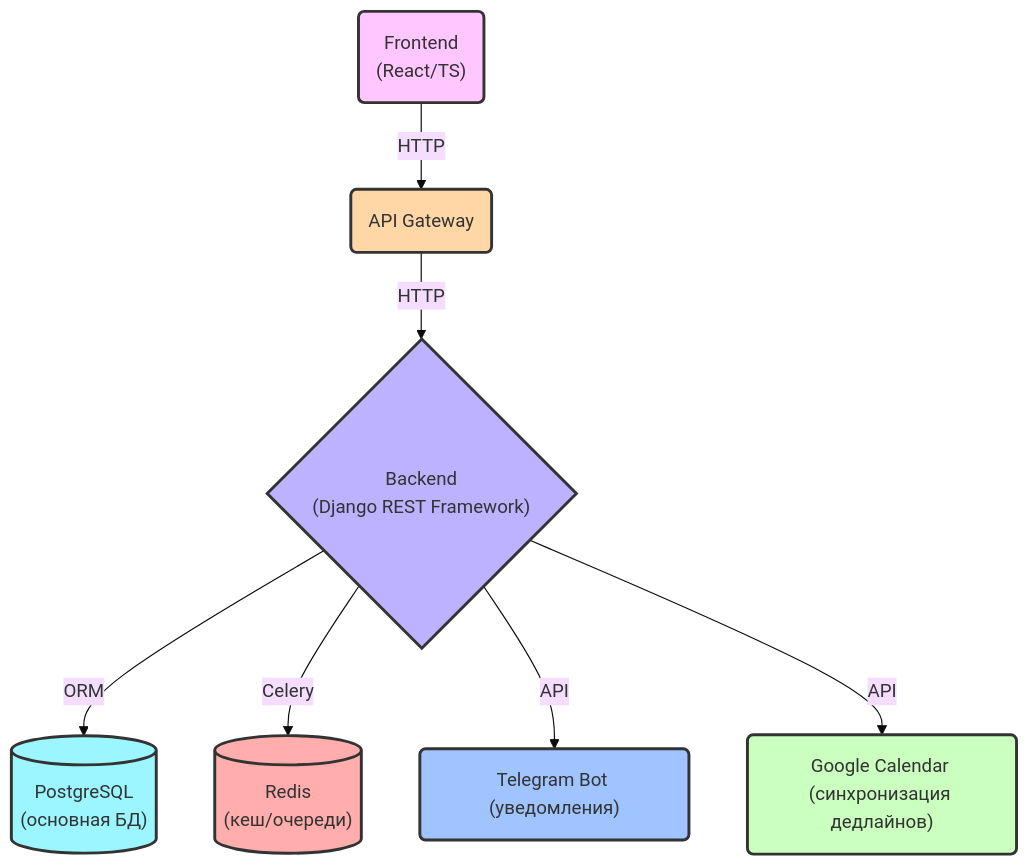
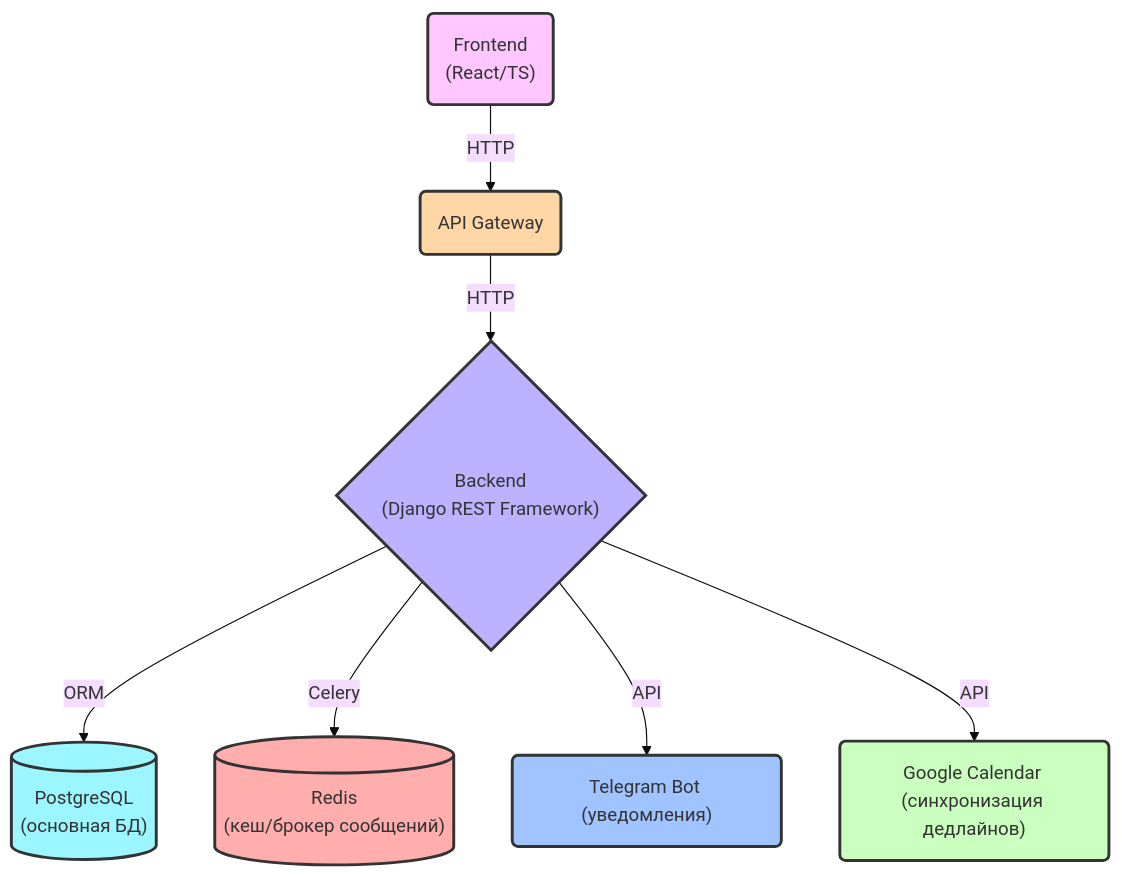
One commit to MindlessMuse666/task-manager changed the diagram in ARCHITECTURE.md. Above: the diagram before and after it, drawn with Mermaid (base theme). The commit also changed other lines of this file and 1 other file, not shown here.

First line of the commit message:
System analysis: architecture x vision & scope

````diff
--- a/ARCHITECTURE.md
+++ b/ARCHITECTURE.md
@@ -11,26 +11,26 @@
 ```mermaid
 flowchart TD
     A("Frontend <br> (React/TS)") -- "HTTP" --> B("API Gateway")
     B -- "HTTP" --> C{"Backend <br> (Django REST Framework)"}
     C -- "ORM" --> D[("PostgreSQL <br> (основная БД)")]
-    C -- "Celery" --> E[("Redis <br> (кеш/очереди)")]
+    C -- "Celery" --> E[("Redis <br> (кеш/брокер сообщений)")]
     C -- "API" --> F("Telegram Bot (уведомления)")
     C -- "API" --> G("Google Calendar (синхронизация дедлайнов)")
 
     classDef default stroke:#333,stroke-width:2.5px
     classDef frontend fill:#FFC6FF
     classDef backend fill:#BDB2FF
     classDef gateway fill:#FFD6A5
     classDef postgres fill:#9BF6FF
     classDef redis fill:#FFADAD
     classDef telegram fill:#A0C4FF
     classDef google_calendar fill:#CAFFBF
 
     class A frontend
     class B gateway
     class C backend
     class D postgres
     class E redis
     class F telegram
     class G google_calendar
 ```
````
